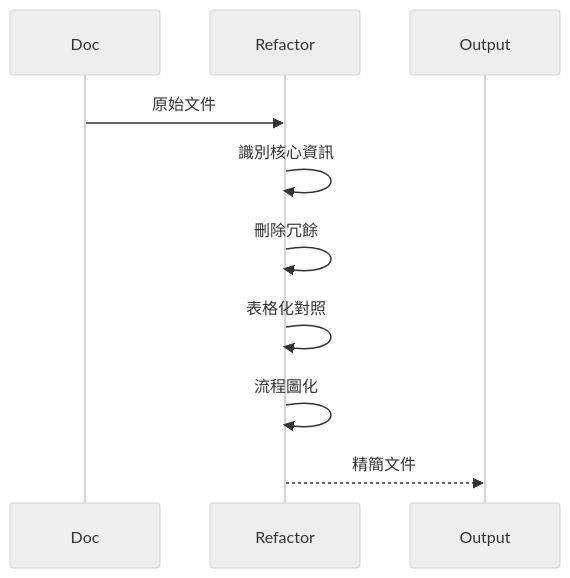
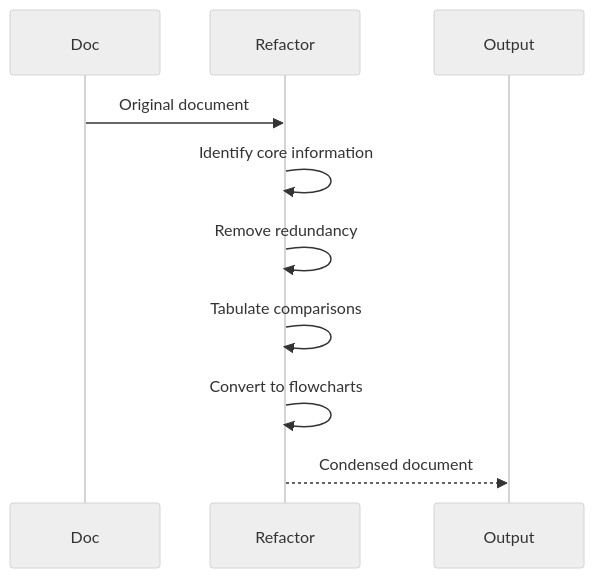
The diagram in agents/doc-refactor.md (jupiter-Pulin/Uranus-dev-flow), drawn with Mermaid (neutral theme) before and after one commit. The commit also changed other lines of this file and 106 other files, not shown here.

````diff
--- a/agents/doc-refactor.md
+++ b/agents/doc-refactor.md
@@ -19,13 +19,13 @@
 ```mermaid
 sequenceDiagram
     participant D as Doc
     participant R as Refactor
     participant O as Output
 
-    D->>R: 原始文件
-    R->>R: 識別核心資訊
-    R->>R: 刪除冗餘
-    R->>R: 表格化對照
-    R->>R: 流程圖化
-    R-->>O: 精簡文件
+    D->>R: Original document
+    R->>R: Identify core information
+    R->>R: Remove redundancy
+    R->>R: Tabulate comparisons
+    R->>R: Convert to flowcharts
+    R-->>O: Condensed document
 ```
````
